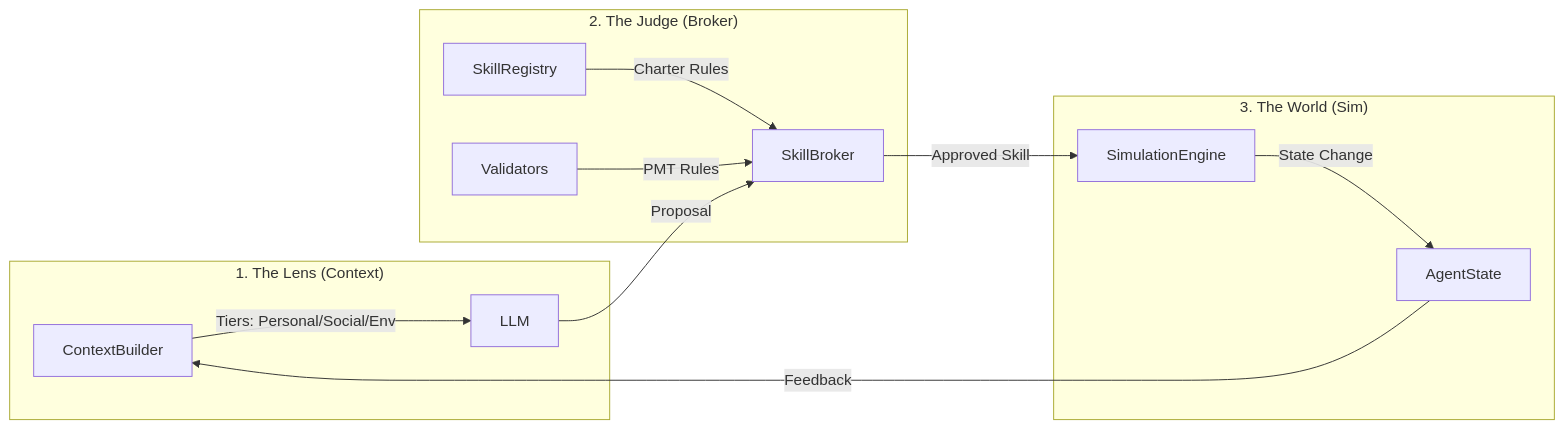
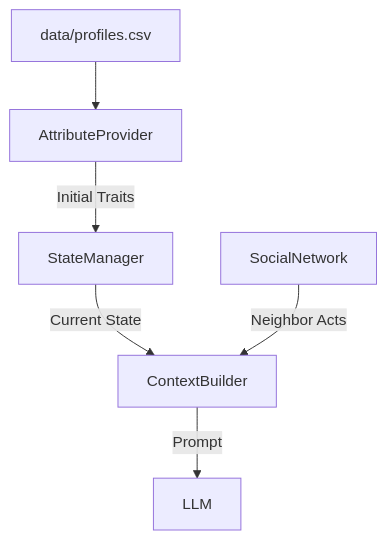
The diagram in README.md (WenyuChiou/governed-broker-framework), drawn with Mermaid before and after one commit. The commit also changed other lines of this file and 27 other files, not shown here.

Commit message:
Update READMEs with generated architecture diagrams (v3)

````diff
--- a/README.md
+++ b/README.md
@@ -59,19 +121,8 @@
 ```mermaid
-graph LR
-    subgraph Perception ["1. The Lens (Context)"]
-        CB["ContextBuilder"] --"Tiers: Personal/Social/Env"--> LLM
-    end
-    
-    subgraph Governance ["2. The Judge (Broker)"]
-        LLM --"Proposal"--> SB["SkillBroker"]
-        SR["SkillRegistry"] --"Charter Rules"--> SB
-        VAL["Validators"] --"PMT Rules"--> SB
-    end
-    
-    subgraph Execution ["3. The World (Sim)"]
-        SB --"Approved Skill"--> SIM["SimulationEngine"]
-        SIM --"State Change"--> STATE["AgentState"]
-    end
-    
-    STATE --"Feedback"--> CB
+graph TD
+    CSV["data/profiles.csv"] --> AP["AttributeProvider"]
+    AP --"Initial Traits"--> SM["StateManager"]
+    SM --"Current State"--> CB["ContextBuilder"]
+    SN["SocialNetwork"] --"Neighbor Acts"--> CB
+    CB --"Prompt"--> LLM
 ```
````
